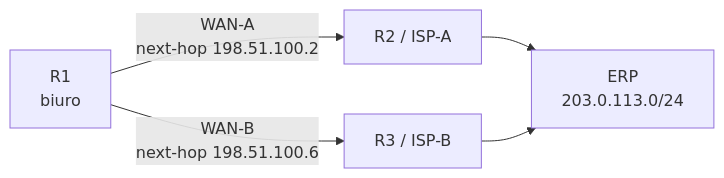
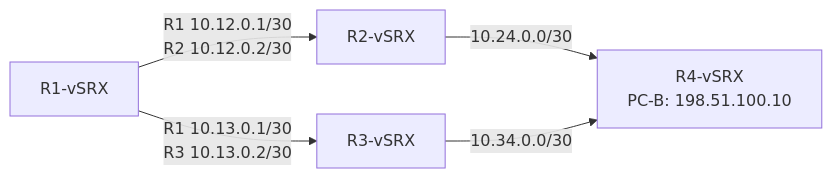
Before and after one commit to nelto79/jncip: the eighth of 9 diagrams in docs/chapters/JUNOS_Rozdzial_06_Routing_Fundamentals.md, drawn with Mermaid. The commit also changed other lines of this file, not shown here.

```diff
--- a/docs/chapters/JUNOS_Rozdzial_06_Routing_Fundamentals.md
+++ b/docs/chapters/JUNOS_Rozdzial_06_Routing_Fundamentals.md
@@ -912,7 +930,7 @@
 ~~~mermaid
 flowchart LR
-  R1["R1\nbiuro"] -->|"WAN-A\nnext-hop 198.51.100.2"| A["R2 / ISP-A"]
-  R1 -->|"WAN-B\nnext-hop 198.51.100.6"| B["R3 / ISP-B"]
-  A --> ERP["ERP\n203.0.113.0/24"]
-  B --> ERP
+  R1["R1-vSRX"] -->|"R1 10.12.0.1/30<br/>R2 10.12.0.2/30"| R2["R2-vSRX"]
+  R1 -->|"R1 10.13.0.1/30<br/>R3 10.13.0.2/30"| R3["R3-vSRX"]
+  R2 -->|"10.24.0.0/30"| R4["R4-vSRX<br/>PC-B: 198.51.100.10"]
+  R3 -->|"10.34.0.0/30"| R4
 ~~~
```
